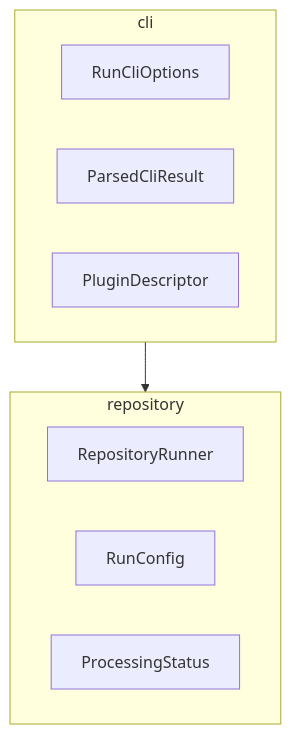
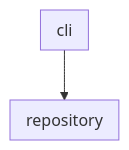
Before and after one commit to doikayt/build-tools: the diagram in javascript/update-markdown-uml/_DESIGN_DOC.md, drawn with Mermaid. The commit also changed other lines of this file, not shown here.

Commit message:
docs(update-markdown-uml): fix three inaccuracies in _DESIGN_DOC.md
- Replace tsuml2 with ts-morph in Component Details Section description
- Correct flowchart subgraph content: subgraphs show component name only,
  not type/class/interface names; update example to match actual output
- Add --version to the inherited standard options list

Fixes #37

````diff
--- a/javascript/update-markdown-uml/_DESIGN_DOC.md
+++ b/javascript/update-markdown-uml/_DESIGN_DOC.md
@@ -117,15 +117,9 @@
 ```mermaid
 flowchart TB
   subgraph cli["cli"]
-    RunCliOptions
-    ParsedCliResult
-    PluginDescriptor
   end
   subgraph repository["repository"]
-    RepositoryRunner
-    RunConfig
-    ProcessingStatus
   end
 
   cli --> repository
 ```
````
